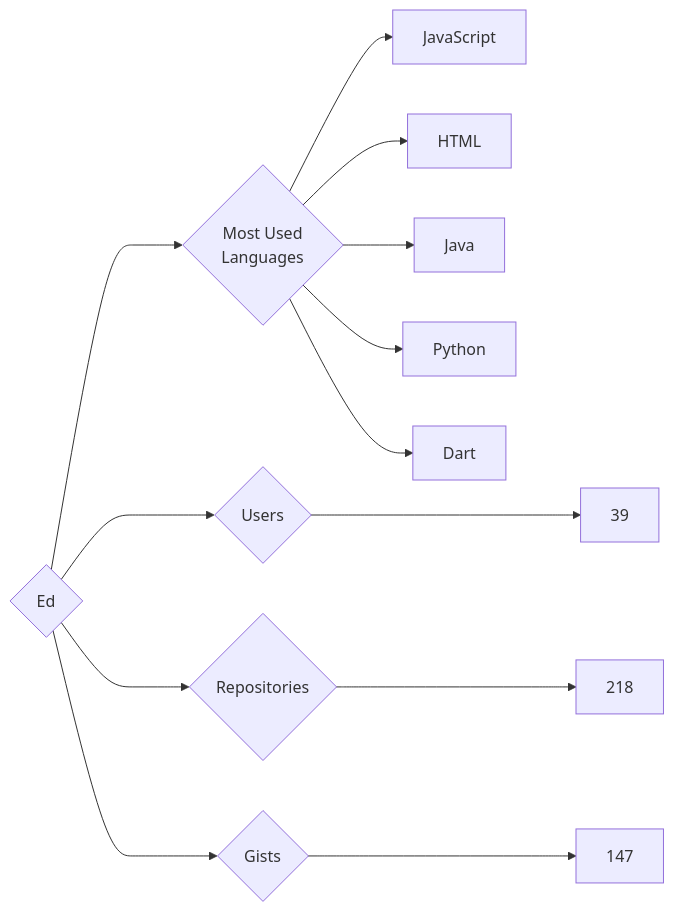
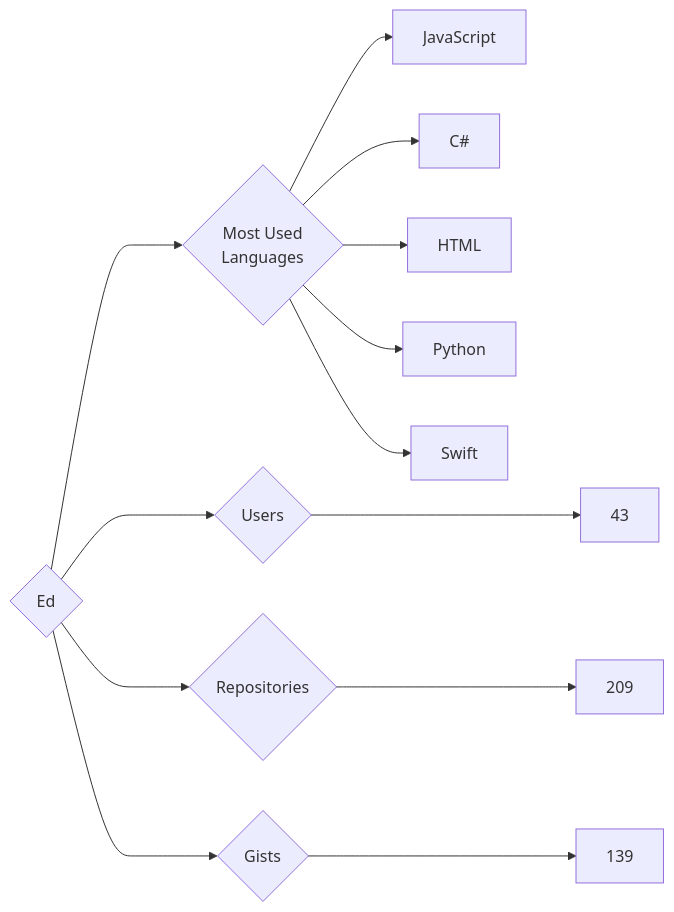
The diagram in targets/Ed/README.md (trickest/insiders), drawn with Mermaid before and after one commit. The commit also changed 545 other files, not shown here.

````diff
--- a/targets/Ed/README.md
+++ b/targets/Ed/README.md
@@ -3,13 +3,13 @@
 ```mermaid
 graph LR
 COMPANY_NAME{Ed}
-COMPANY_NAME ---> U{Users} ---> UN[39]
-COMPANY_NAME ---> R{Repositories} ---> RN[218]
-COMPANY_NAME ---> G{Gists} ---> GN[147]
+COMPANY_NAME ---> U{Users} ---> UN[43]
+COMPANY_NAME ---> R{Repositories} ---> RN[209]
+COMPANY_NAME ---> G{Gists} ---> GN[139]
 COMPANY_NAME ---> ML{Most Used<br>Languages}
 ML --> JavaScript[JavaScript]
+ML --> C#[C#]
 ML --> HTML[HTML]
-ML --> Java[Java]
 ML --> Python[Python]
-ML --> Dart[Dart]
+ML --> Swift[Swift]
 ```
````
